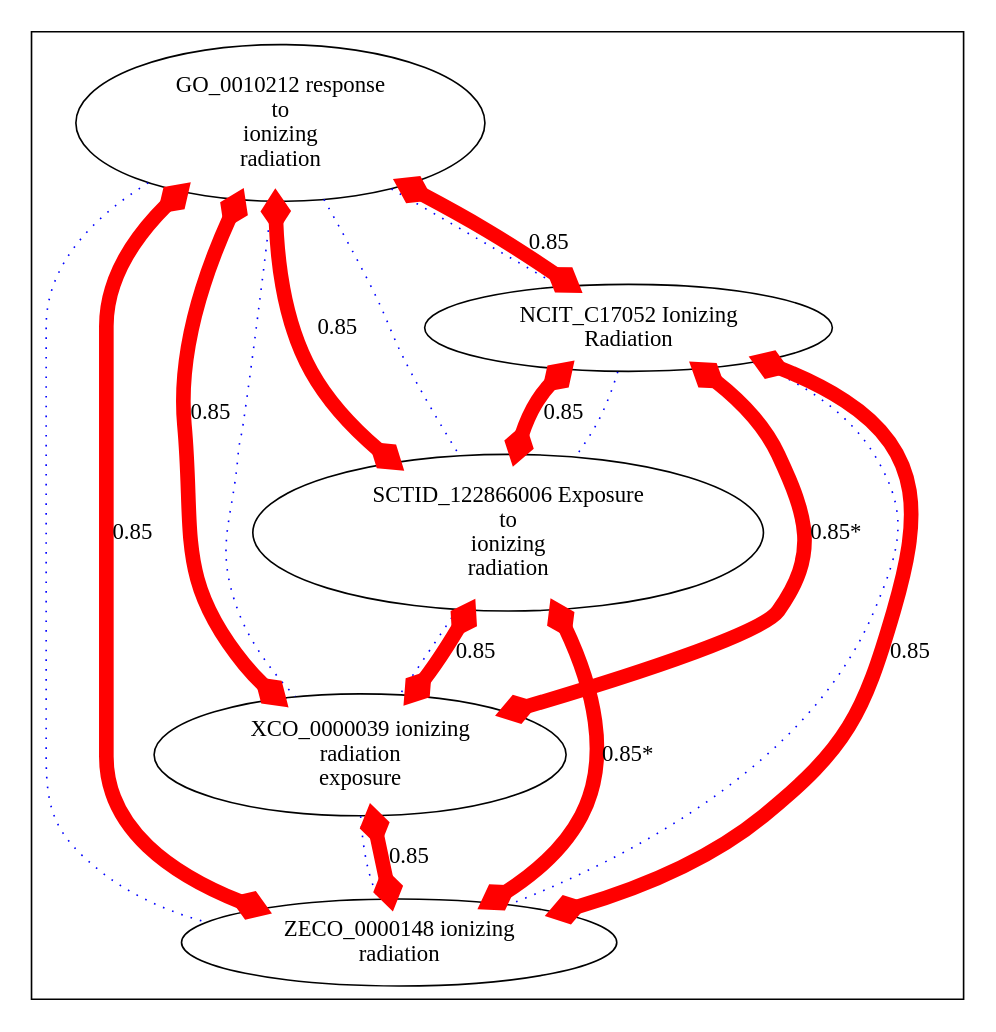
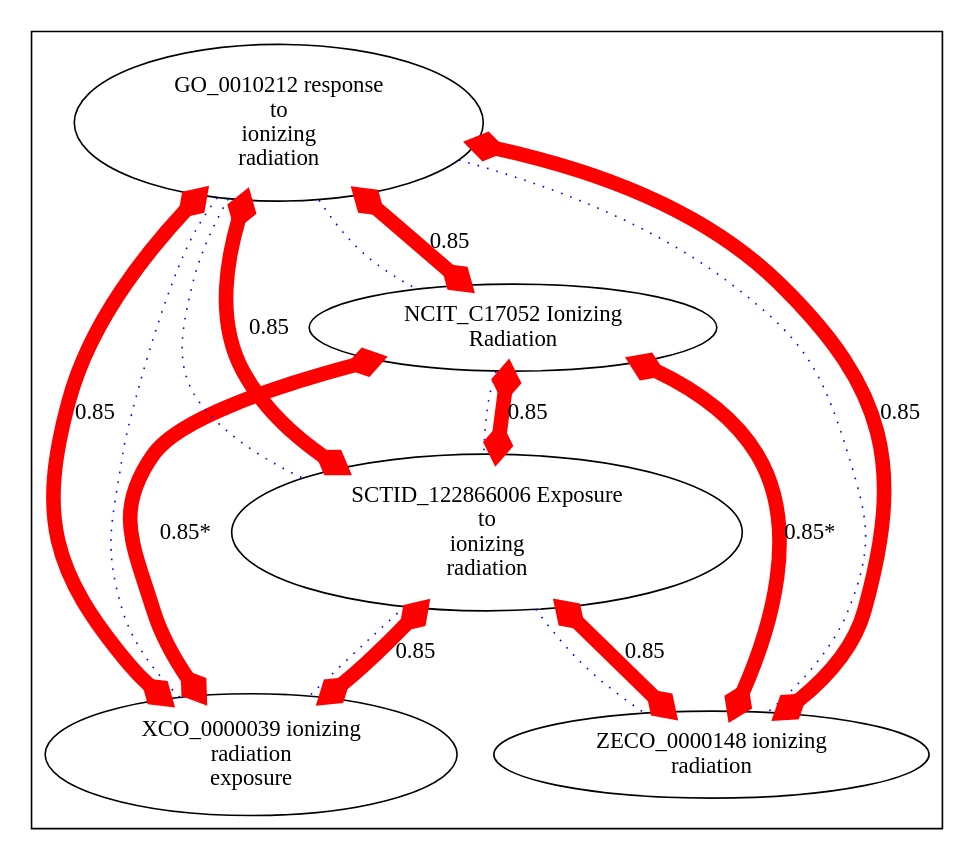
Before and after one commit to cmungall/radiation-ontology: the diagram in target/img-XCO_0000039.dot, drawn with Graphviz. The commit also changed 46 other files, not shown here.

```diff
--- a/target/img-XCO_0000039.dot
+++ b/target/img-XCO_0000039.dot
@@ -1,51 +1,47 @@
 digraph cliquegraph {
 subgraph cluster_XCO_0000039 {XCO_0000039 [ label="XCO_0000039 ionizing
 radiation
 exposure" ];
 ZECO_0000148 [ label="ZECO_0000148 ionizing
 radiation" ];
 NCIT_C17052 [ label="NCIT_C17052 Ionizing
 Radiation" ];
 GO_0010212 [ label="GO_0010212 response
 to
 ionizing
 radiation" ];
 SCTID_122866006 [ label="SCTID_122866006 Exposure
 to
 ionizing
 radiation" ];}
-NCIT_C17052 -> SCTID_122866006 [ arrowhead = none, penwidth=1, color=blue, label="", style=dotted]
+GO_0010212 -> XCO_0000039 [ arrowhead = none, penwidth=1, color=blue, label="", style=dotted]
+
+GO_0010212 -> ZECO_0000148 [ arrowhead = none, penwidth=1, color=blue, label="", style=dotted]
 
 SCTID_122866006 -> XCO_0000039 [ arrowhead = none, penwidth=1, color=blue, label="", style=dotted]
-
-GO_0010212 -> ZECO_0000148 [ arrowhead = none, penwidth=1, color=blue, label="", style=dotted]
 
 GO_0010212 -> NCIT_C17052 [ arrowhead = none, penwidth=1, color=blue, label="", style=dotted]
 
 GO_0010212 -> SCTID_122866006 [ arrowhead = none, penwidth=1, color=blue, label="", style=dotted]
 
-XCO_0000039 -> ZECO_0000148 [ arrowhead = none, penwidth=1, color=blue, label="", style=dotted]
+NCIT_C17052 -> SCTID_122866006 [ arrowhead = none, penwidth=1, color=blue, label="", style=dotted]
 
-GO_0010212 -> XCO_0000039 [ arrowhead = none, penwidth=1, color=blue, label="", style=dotted]
-
-NCIT_C17052 -> ZECO_0000148 [ arrowhead = none, penwidth=1, color=blue, label="", style=dotted]
+SCTID_122866006 -> ZECO_0000148 [ arrowhead = none, penwidth=1, color=blue, label="", style=dotted]
 GO_0010212 -> XCO_0000039 [ arrowhead = ediamond, penwidth=9, color=red, label="0.85", style=solid, arrowtail=ediamond, dir=both]
 
-SCTID_122866006 -> ZECO_0000148 [ arrowhead = ediamond, penwidth=9, color=red, label="0.85*", style=solid, arrowtail=ediamond, dir=both]
+SCTID_122866006 -> ZECO_0000148 [ arrowhead = ediamond, penwidth=9, color=red, label="0.85", style=solid, arrowtail=ediamond, dir=both]
 
 NCIT_C17052 -> SCTID_122866006 [ arrowhead = ediamond, penwidth=9, color=red, label="0.85", style=solid, arrowtail=ediamond, dir=both]
 
 GO_0010212 -> NCIT_C17052 [ arrowhead = ediamond, penwidth=9, color=red, label="0.85", style=solid, arrowtail=ediamond, dir=both]
 
 GO_0010212 -> SCTID_122866006 [ arrowhead = ediamond, penwidth=9, color=red, label="0.85", style=solid, arrowtail=ediamond, dir=both]
 
 SCTID_122866006 -> XCO_0000039 [ arrowhead = ediamond, penwidth=9, color=red, label="0.85", style=solid, arrowtail=ediamond, dir=both]
 
 GO_0010212 -> ZECO_0000148 [ arrowhead = ediamond, penwidth=9, color=red, label="0.85", style=solid, arrowtail=ediamond, dir=both]
 
-XCO_0000039 -> ZECO_0000148 [ arrowhead = ediamond, penwidth=9, color=red, label="0.85", style=solid, arrowtail=ediamond, dir=both]
-
-NCIT_C17052 -> ZECO_0000148 [ arrowhead = ediamond, penwidth=9, color=red, label="0.85", style=solid, arrowtail=ediamond, dir=both]
+NCIT_C17052 -> ZECO_0000148 [ arrowhead = ediamond, penwidth=9, color=red, label="0.85*", style=solid, arrowtail=ediamond, dir=both]
 
 NCIT_C17052 -> XCO_0000039 [ arrowhead = ediamond, penwidth=9, color=red, label="0.85*", style=solid, arrowtail=ediamond, dir=both]
 }
```
